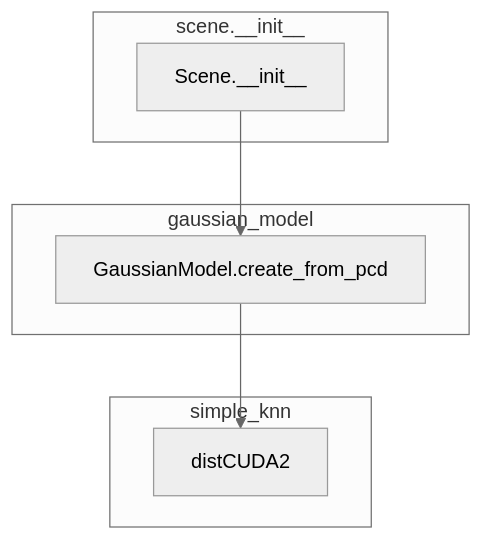
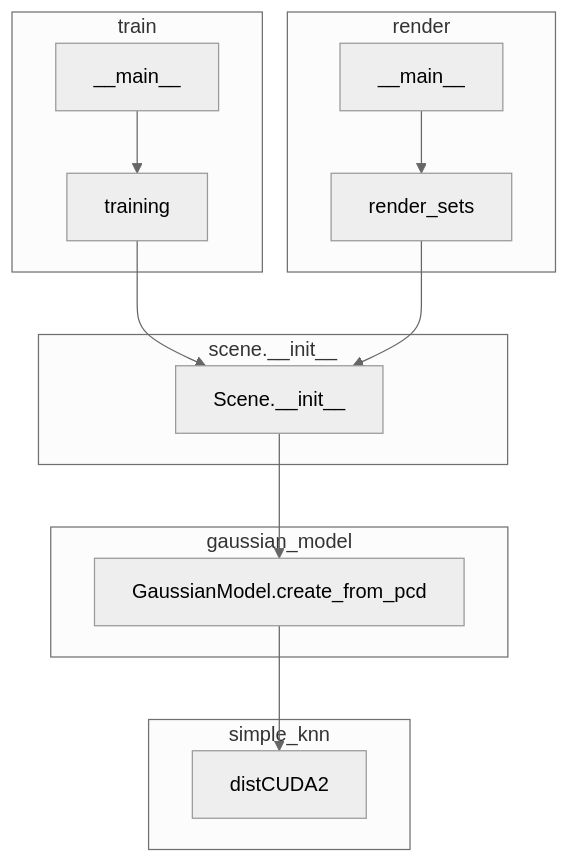
The second of 2 diagrams in docs/implementation/original-reference.orig.md (AsherJingkongChen/3DGS), drawn with Mermaid (neutral theme) before and after one commit. The commit also changed other lines of this file and 3 other files, not shown here.

````diff
--- a/docs/implementation/original-reference.orig.md
+++ b/docs/implementation/original-reference.orig.md
@@ -61,15 +67,27 @@
 ```mermaid
 graph TD
   subgraph simple_knn
     distCUDA2
   end
   subgraph gaussian_model
     gm_cfd[GaussianModel.create_from_pcd]
   end
   subgraph scene.__init__
     scene[Scene.__init__]
   end
+  subgraph train
+    training
+    train_main[__main__]
+  end
+  subgraph render
+    render_sets
+    render_main[__main__]
+  end
 
   gm_cfd --> distCUDA2
   scene --> gm_cfd
+  training --> scene
+  train_main --> training
+  render_sets --> scene
+  render_main --> render_sets
 ```
````
